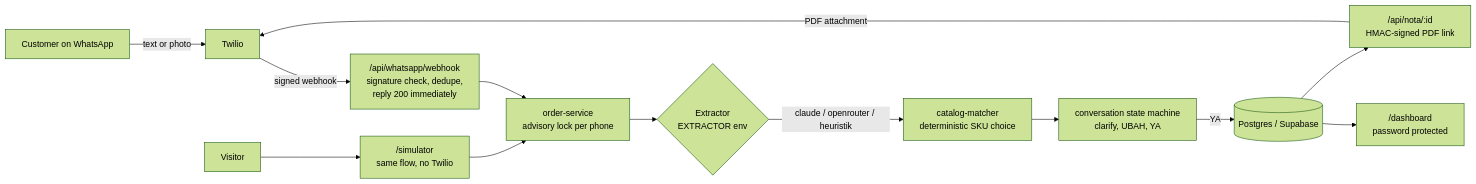
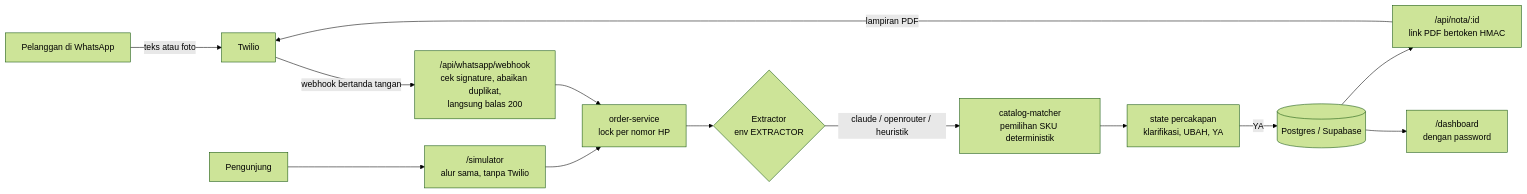
The diagram in README.md (HIIDAAYY/Bangunan), drawn with Mermaid (forest theme) before and after one commit. The commit also changed other lines of this file, not shown here.

````diff
--- a/README.md
+++ b/README.md
@@ -23,15 +20,15 @@
 ```mermaid
 flowchart LR
-    C[Customer on WhatsApp] -->|text or photo| T[Twilio]
-    T -->|signed webhook| W["/api/whatsapp/webhook<br/>signature check, dedupe,<br/>reply 200 immediately"]
-    V[Visitor] --> S["/simulator<br/>same flow, no Twilio"]
-    W --> O["order-service<br/>advisory lock per phone"]
+    C[Pelanggan di WhatsApp] -->|teks atau foto| T[Twilio]
+    T -->|webhook bertanda tangan| W["/api/whatsapp/webhook<br/>cek signature, abaikan duplikat,<br/>langsung balas 200"]
+    V[Pengunjung] --> S["/simulator<br/>alur sama, tanpa Twilio"]
+    W --> O["order-service<br/>lock per nomor HP"]
     S --> O
-    O --> X{"Extractor<br/>EXTRACTOR env"}
-    X -->|"claude / openrouter / heuristik"| M["catalog-matcher<br/>deterministic SKU choice"]
-    M --> F["conversation state machine<br/>clarify, UBAH, YA"]
+    O --> X{"Extractor<br/>env EXTRACTOR"}
+    X -->|"claude / openrouter / heuristik"| M["catalog-matcher<br/>pemilihan SKU deterministik"]
+    M --> F["state percakapan<br/>klarifikasi, UBAH, YA"]
     F -->|YA| DB[(Postgres / Supabase)]
-    DB --> D["/dashboard<br/>password protected"]
-    DB --> N["/api/nota/:id<br/>HMAC-signed PDF link"]
-    N -->|PDF attachment| T
+    DB --> D["/dashboard<br/>dengan password"]
+    DB --> N["/api/nota/:id<br/>link PDF bertoken HMAC"]
+    N -->|lampiran PDF| T
 ```
````
